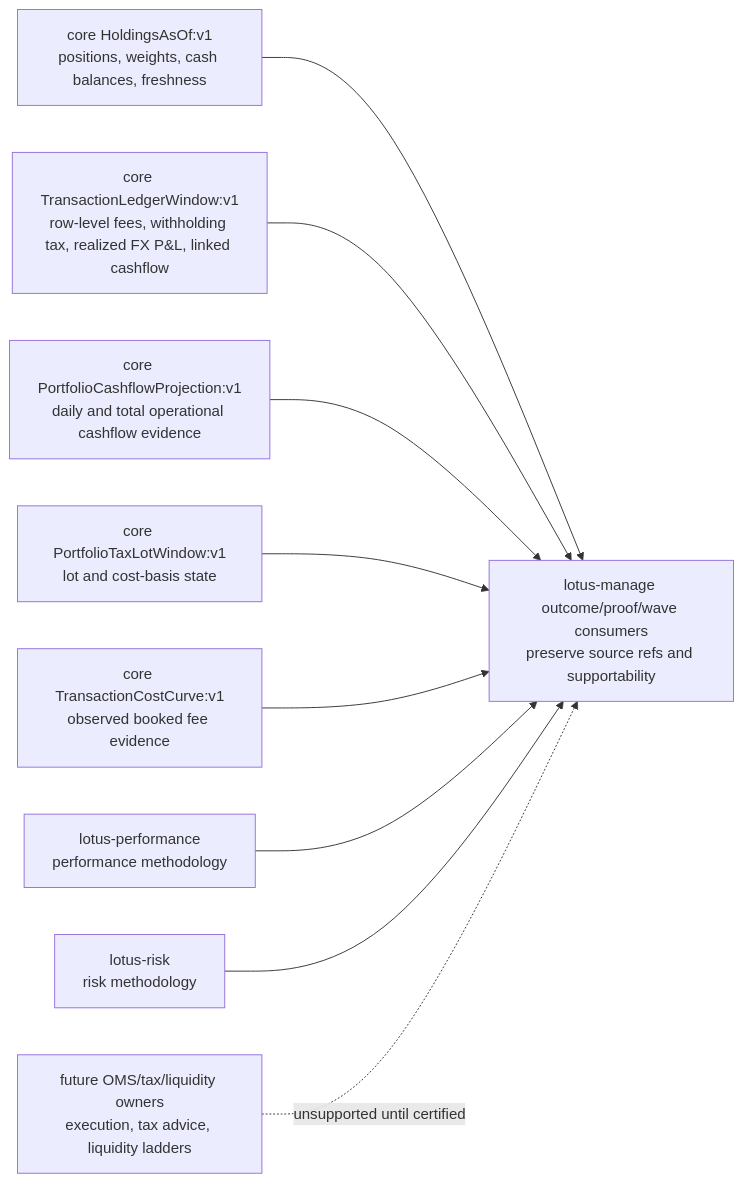
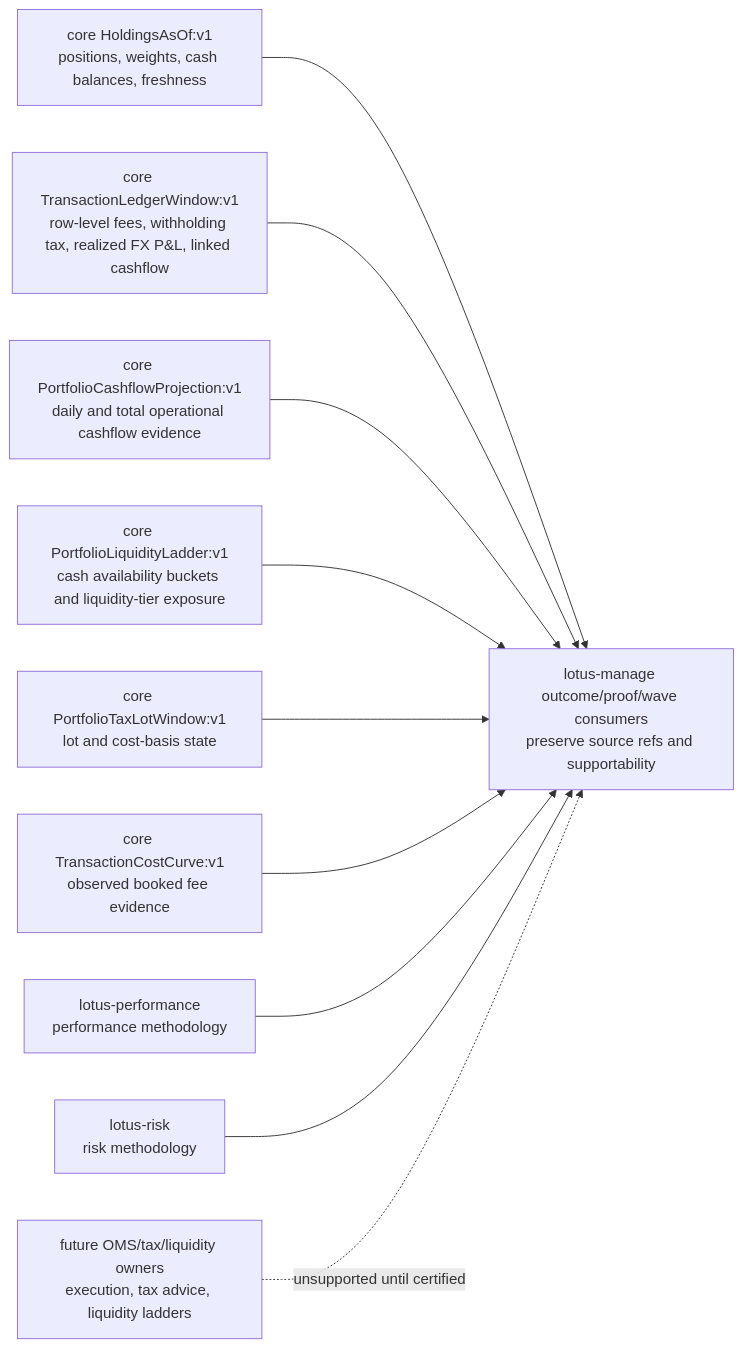
Before and after one commit to sgajbi/lotus-core: the first of 3 diagrams in wiki/Mesh-Data-Products.md, drawn with Mermaid. The commit also changed other lines of this file and 17 other files, not shown here.

First line of the commit message:
Add portfolio liquidity ladder source product (#356)

````diff
--- a/wiki/Mesh-Data-Products.md
+++ b/wiki/Mesh-Data-Products.md
@@ -129,21 +139,23 @@
 ```mermaid
 flowchart LR
     CoreHoldings[core HoldingsAsOf:v1<br/>positions, weights, cash balances, freshness]
     CoreLedger[core TransactionLedgerWindow:v1<br/>row-level fees, withholding tax, realized FX P&L, linked cashflow]
     CoreCash[core PortfolioCashflowProjection:v1<br/>daily and total operational cashflow evidence]
+    CoreLiquidity[core PortfolioLiquidityLadder:v1<br/>cash availability buckets and liquidity-tier exposure]
     CoreLots[core PortfolioTaxLotWindow:v1<br/>lot and cost-basis state]
     CoreFees[core TransactionCostCurve:v1<br/>observed booked fee evidence]
     Manage[lotus-manage outcome/proof/wave consumers<br/>preserve source refs and supportability]
     Perf[lotus-performance<br/>performance methodology]
     Risk[lotus-risk<br/>risk methodology]
     FutureOwners[future OMS/tax/liquidity owners<br/>execution, tax advice, liquidity ladders]
 
     CoreHoldings --> Manage
     CoreLedger --> Manage
     CoreCash --> Manage
+    CoreLiquidity --> Manage
     CoreLots --> Manage
     CoreFees --> Manage
     Perf --> Manage
     Risk --> Manage
     FutureOwners -. unsupported until certified .-> Manage
 ```
````
